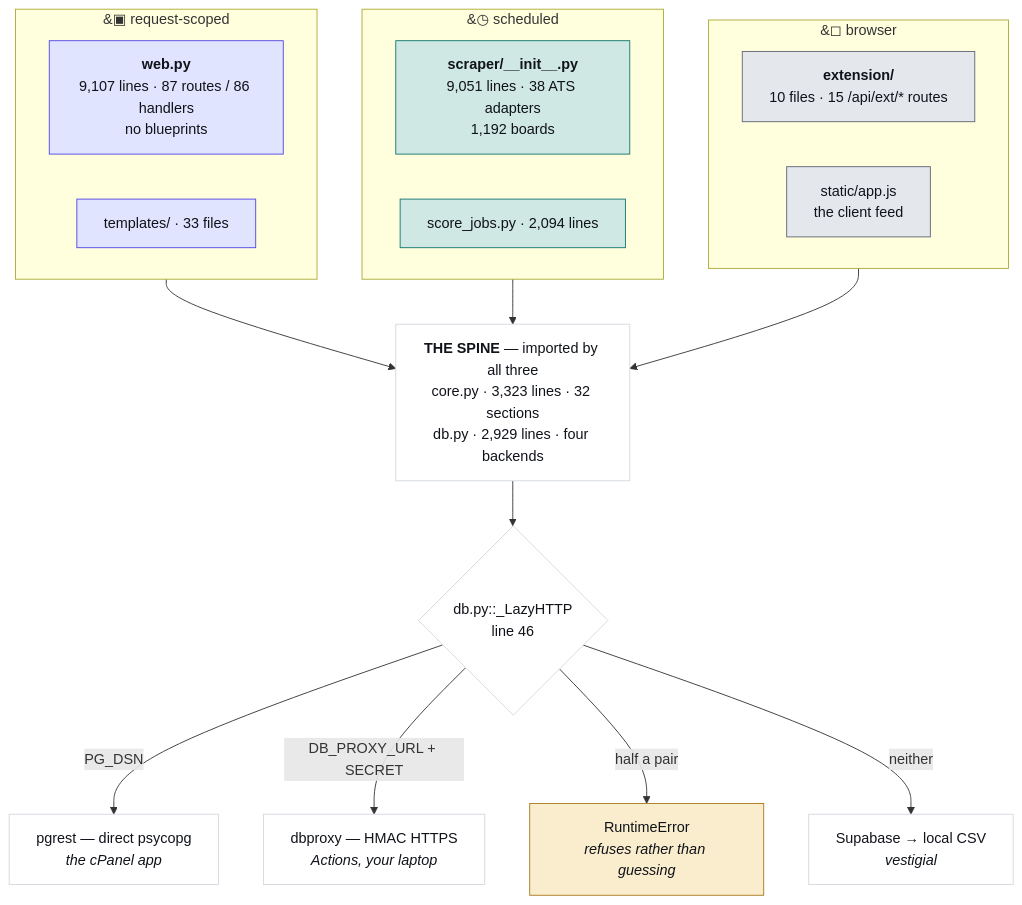
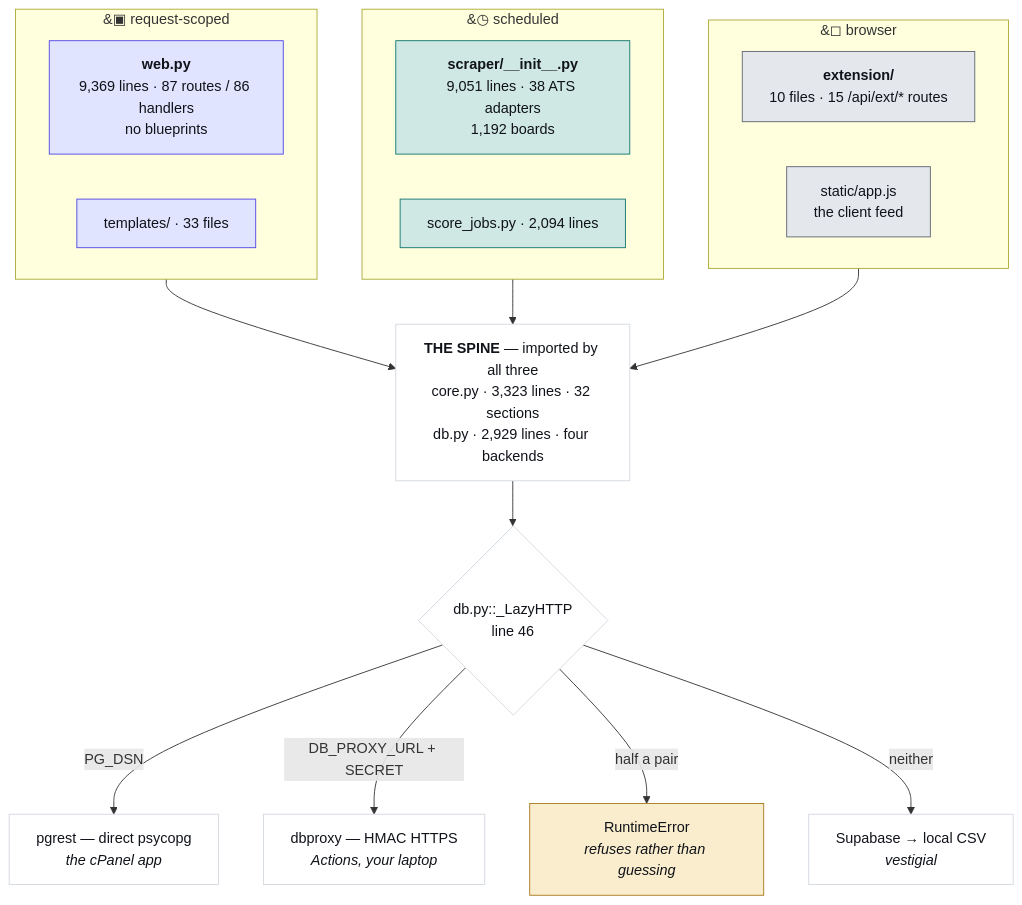
Before and after one commit to hadakunal909-debug/job-search-tool: the first of 4 diagrams in JobMatch Scraper/docs/ARCHITECTURE.md, drawn with Mermaid. The commit also changed other lines of this file and 15 other files, not shown here.

````diff
--- a/JobMatch Scraper/docs/ARCHITECTURE.md
+++ b/JobMatch Scraper/docs/ARCHITECTURE.md
@@ -45,34 +45,34 @@
 ```mermaid
 flowchart TB
   subgraph REQ["&#9635; request-scoped"]
-    W["<b>web.py</b><br/>9,107 lines · 87 routes / 86 handlers<br/>no blueprints"]
+    W["<b>web.py</b><br/>9,369 lines · 87 routes / 86 handlers<br/>no blueprints"]
     T["templates/ · 33 files"]
   end
   subgraph SCH["&#9719; scheduled"]
     S["<b>scraper/__init__.py</b><br/>9,051 lines · 38 ATS adapters<br/>1,192 boards"]
     J["score_jobs.py · 2,094 lines"]
   end
   subgraph CLI["&#9723; browser"]
     E["<b>extension/</b><br/>10 files · 15 /api/ext/* routes"]
     A["static/app.js<br/>the client feed"]
   end
   SPINE["<b>THE SPINE</b> — imported by all three<br/>core.py · 3,323 lines · 32 sections<br/>db.py · 2,929 lines · four backends"]
   REQ --> SPINE
   SCH --> SPINE
   CLI --> SPINE
   SPINE --> D{"db.py::_LazyHTTP<br/>line 46"}
   D -->|"PG_DSN"| P["pgrest — direct psycopg<br/><i>the cPanel app</i>"]
   D -->|"DB_PROXY_URL + SECRET"| X["dbproxy — HMAC HTTPS<br/><i>Actions, your laptop</i>"]
   D -->|"half a pair"| R["RuntimeError<br/><i>refuses rather than guessing</i>"]
   D -->|"neither"| V["Supabase → local CSV<br/><i>vestigial</i>"]
   classDef web fill:#e0e4fe,stroke:#4f46e5,color:#101319
   classDef sched fill:#cfe8e3,stroke:#0f766e,color:#101319
   classDef client fill:#e4e7ec,stroke:#5f6573,color:#101319
   classDef trap fill:#f9edcd,stroke:#a8781a,color:#101319
   classDef plain fill:#ffffff,stroke:#d3d7df,color:#101319
   class W,T web
   class S,J sched
   class E,A client
   class R trap
   class SPINE,D,P,X,V plain
 ```
````
